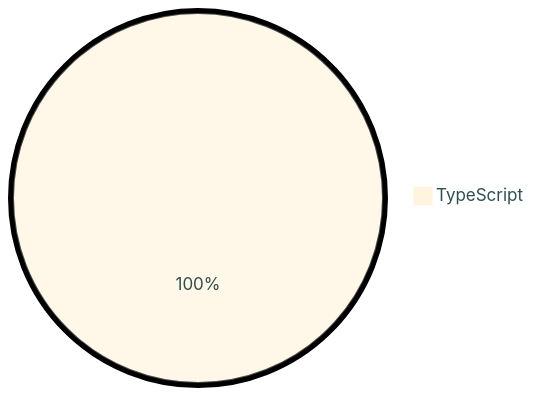
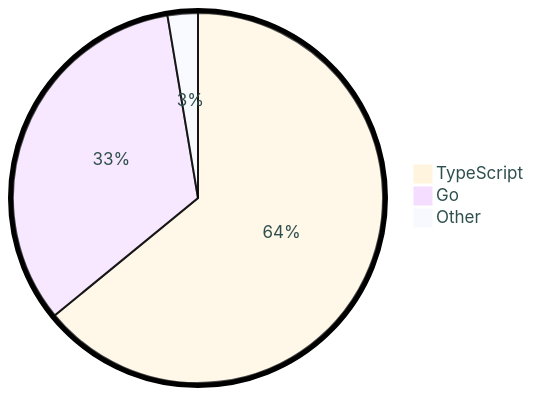
The diagram in README.md (tot0p/tot0p), drawn with Mermaid before and after one commit. The commit also changed other lines of this file, not shown here.

````diff
--- a/README.md
+++ b/README.md
@@ -113,5 +117,7 @@
 ```mermaid
 %%{init: {"pie": {"textPosition": 0.5}, "themeVariables": {"pieOuterStrokeWidth": "5px","primaryTextColor" : "#2F4F4F"},"theme":"base"} }%%
 pie
-	"TypeScript": 100.0
+	"TypeScript": 64.08
+	"Go": 33.29
+	"Other": 2.64
 ```
````
